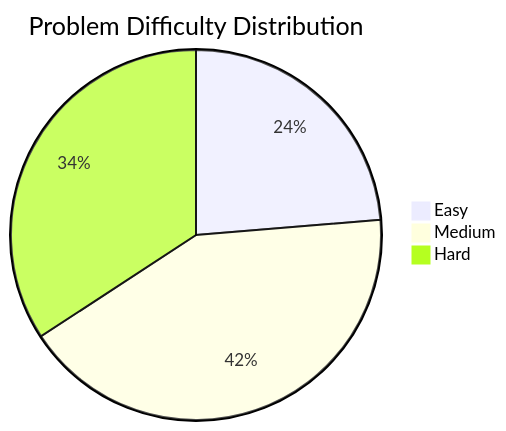
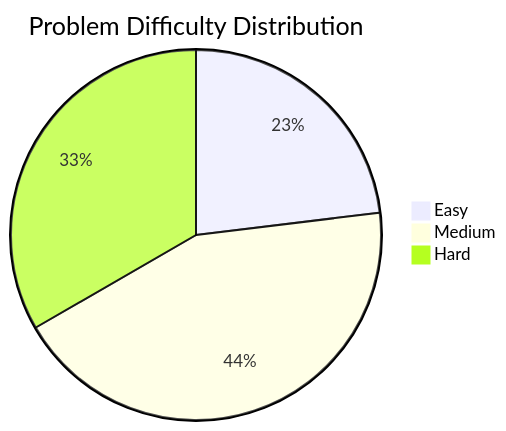
The first of 2 diagrams in JOURNAL.md (ernivani/leetcode-solutions), drawn with Mermaid before and after one commit. The commit also changed other lines of this file and 2 other files, not shown here.

````diff
--- a/JOURNAL.md
+++ b/JOURNAL.md
@@ -49,6 +50,6 @@
 ```mermaid
 pie title Problem Difficulty Distribution
     "Easy" : 9
-    "Medium" : 16
+    "Medium" : 17
     "Hard" : 13
 ```
````
